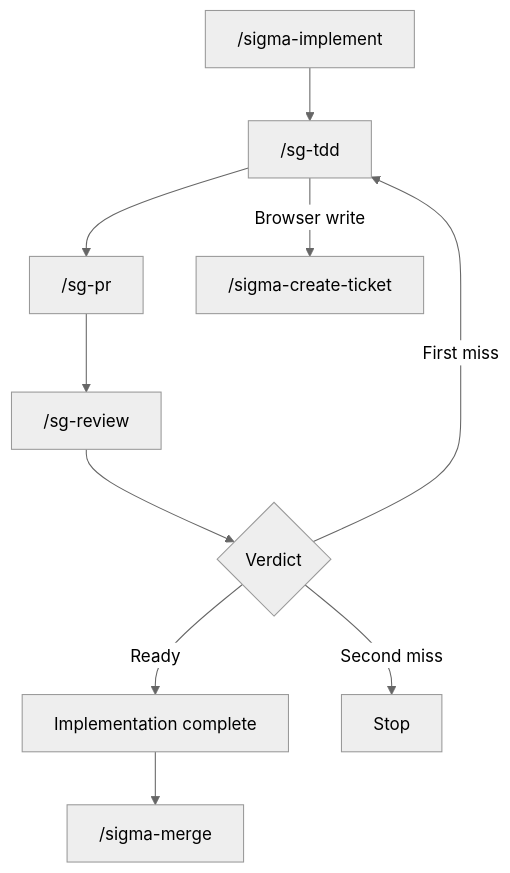
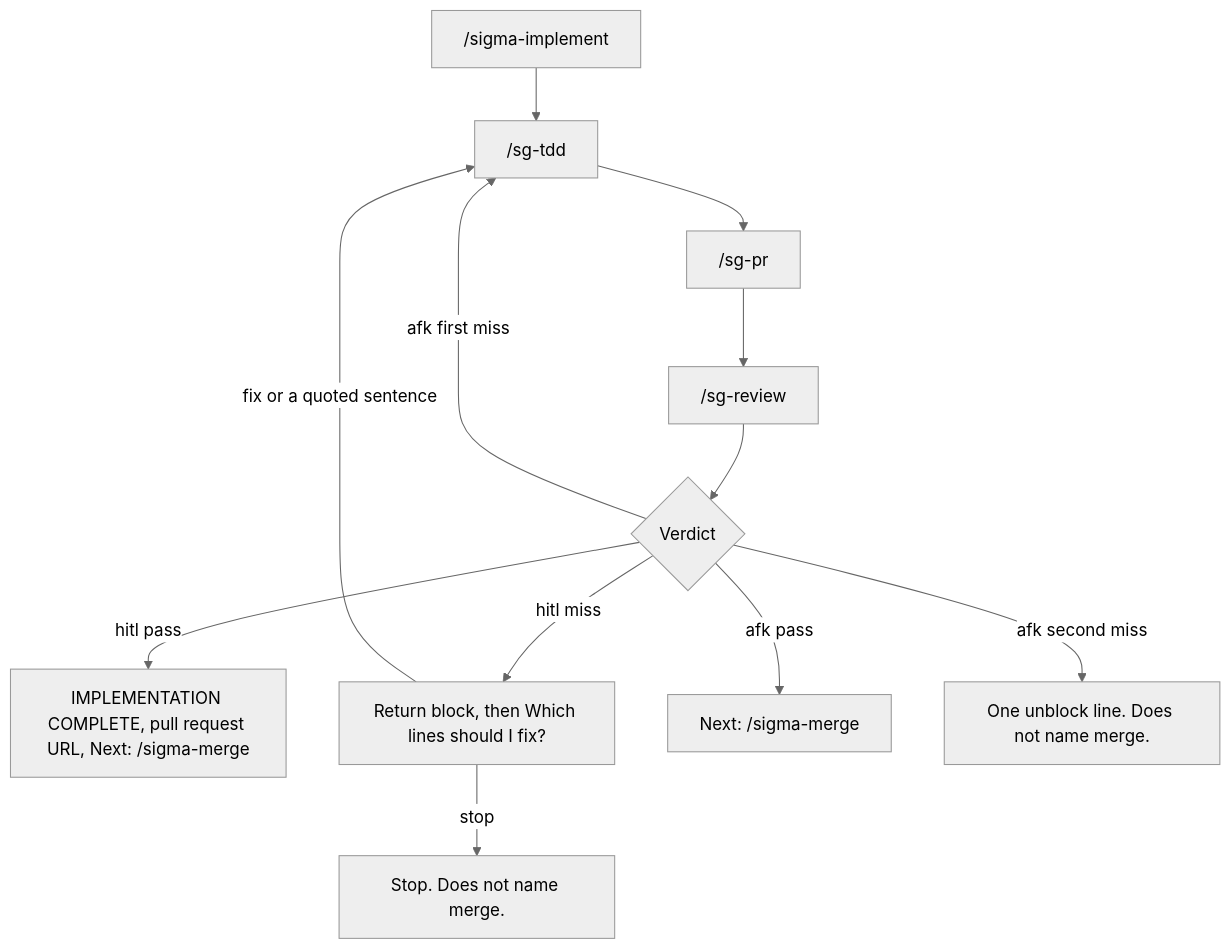
One commit to sigma-michael/sigma-build-factory changed the third of 3 diagrams in README.md. Above: the diagram before and after it, drawn with Mermaid (neutral theme). The commit also changed other lines of this file and 18 other files, not shown here.

First line of the commit message:
Ask in the chat with the sentences, and keep fixes on one loop worktree (#14)

````diff
--- a/README.md
+++ b/README.md
@@ -90,12 +87,14 @@
 ```mermaid
 flowchart TD
   impl["/sigma-implement"] --> tdd["/sg-tdd"]
   tdd --> pr["/sg-pr"]
   pr --> review["/sg-review"]
-  tdd -->|"Browser write"| file["/sigma-create-ticket"]
   review --> verdict{Verdict}
-  verdict -->|Ready| done["Implementation complete"]
-  done --> merge["/sigma-merge"]
-  verdict -->|First miss| tdd
-  verdict -->|Second miss| stop["Stop"]
+  verdict -->|hitl pass| hitlpass["IMPLEMENTATION COMPLETE, pull request URL, Next: /sigma-merge"]
+  verdict -->|hitl miss| ask["Return block, then Which lines should I fix?"]
+  ask -->|fix or a quoted sentence| tdd
+  ask -->|stop| stop["Stop. Does not name merge."]
+  verdict -->|afk first miss| tdd
+  verdict -->|afk pass| next["Next: /sigma-merge"]
+  verdict -->|afk second miss| unblock["One unblock line. Does not name merge."]
 ```
````
